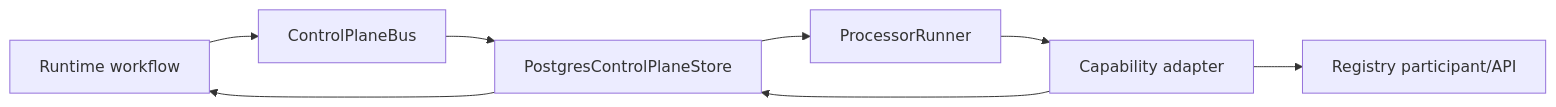
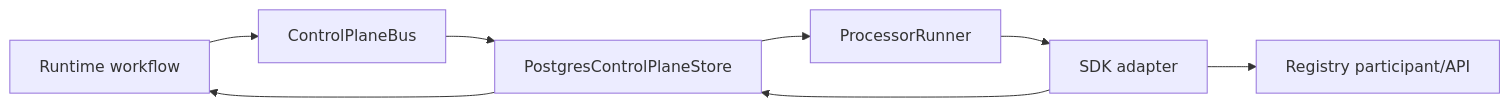
One commit to privacynow/octopus changed diagram 16 of 17 in docs/ARCHITECTURE.md. Above: the diagram before and after it, drawn with Mermaid. The commit also changed other lines of this file and 112 other files, not shown here.

````diff
--- a/docs/ARCHITECTURE.md
+++ b/docs/ARCHITECTURE.md
@@ -778,10 +778,10 @@
 ```mermaid
 flowchart LR
     Requester["Runtime workflow"] --> Bus["ControlPlaneBus"]
     Bus --> Store["PostgresControlPlaneStore"]
     Store --> Runner["ProcessorRunner"]
-    Runner --> Adapter["Capability adapter"]
+    Runner --> Adapter["SDK adapter"]
     Adapter --> Registry["Registry participant/API"]
     Adapter --> Store
     Store --> Requester
 ```
````
